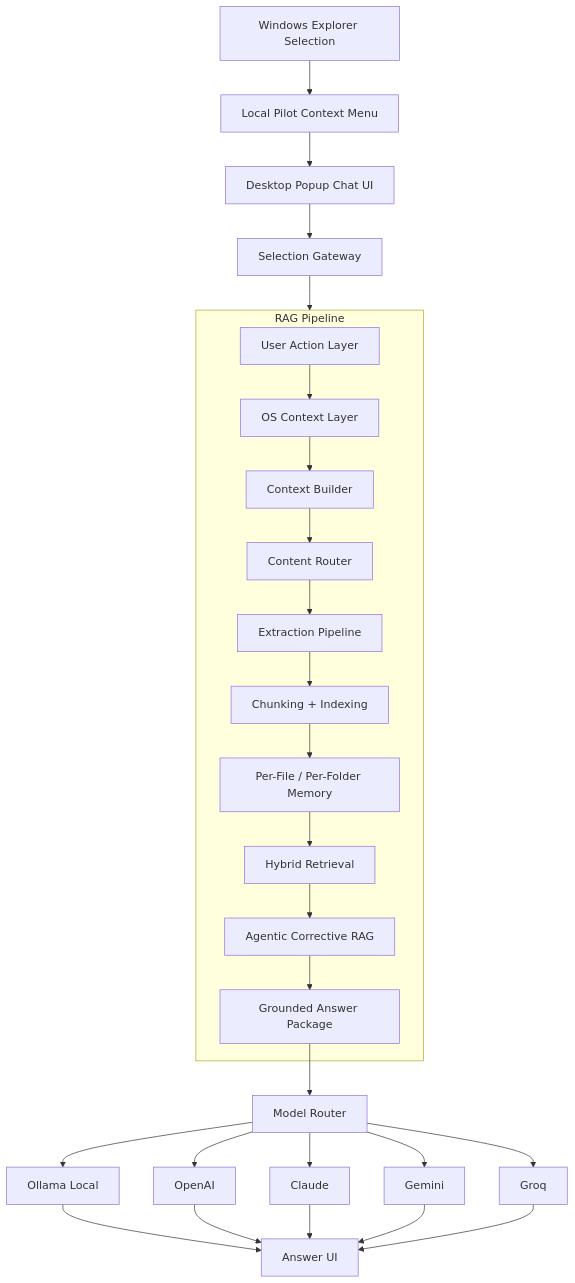
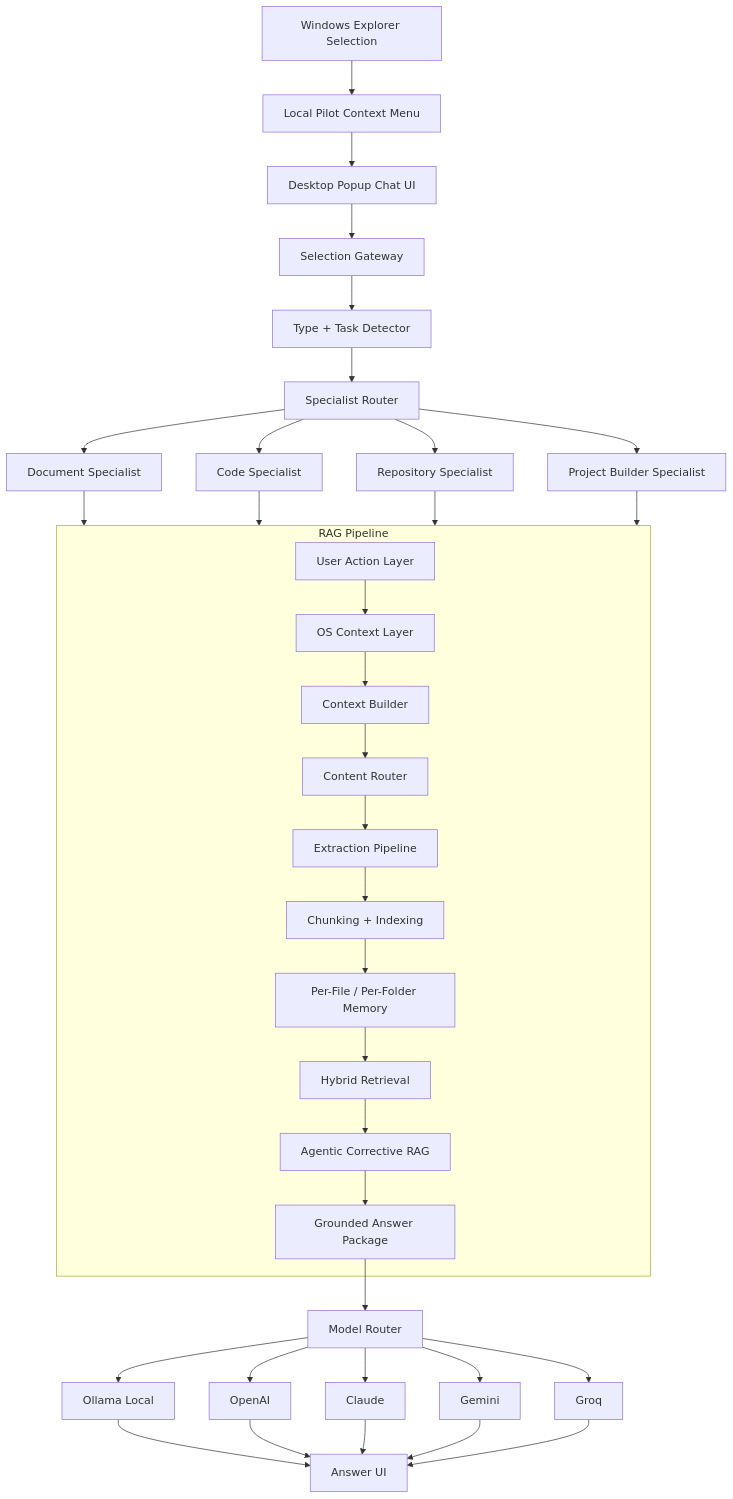
One commit to Adrian-patrick/local-pilot changed the diagram in README.md. Above: the diagram before and after it, drawn with Mermaid. The commit also changed other lines of this file, not shown here.

Commit message:
Add specialist router product plan

````diff
--- a/README.md
+++ b/README.md
@@ -129,34 +335,45 @@
 ```mermaid
 flowchart TD
     A[Windows Explorer Selection] --> B[Local Pilot Context Menu]
     B --> C[Desktop Popup Chat UI]
     C --> D[Selection Gateway]
-    D --> E[RAG Pipeline]
+    D --> T[Type + Task Detector]
+    T --> S[Specialist Router]
+
+    S --> SD[Document Specialist]
+    S --> SC[Code Specialist]
+    S --> SR[Repository Specialist]
+    S --> SP[Project Builder Specialist]
+
+    SD --> E[RAG Pipeline]
+    SC --> E
+    SR --> E
+    SP --> E
 
     subgraph E[RAG Pipeline]
         E1[User Action Layer]
         E2[OS Context Layer]
         E3[Context Builder]
         E4[Content Router]
         E5[Extraction Pipeline]
         E6[Chunking + Indexing]
         E7[Per-File / Per-Folder Memory]
         E8[Hybrid Retrieval]
         E9[Agentic Corrective RAG]
         E10[Grounded Answer Package]
 
         E1 --> E2 --> E3 --> E4 --> E5 --> E6 --> E7 --> E8 --> E9 --> E10
     end
 
     E10 --> F[Model Router]
     F --> G1[Ollama Local]
     F --> G2[OpenAI]
     F --> G3[Claude]
     F --> G4[Gemini]
     F --> G5[Groq]
     G1 --> H[Answer UI]
     G2 --> H
     G3 --> H
     G4 --> H
     G5 --> H
 ```
````
